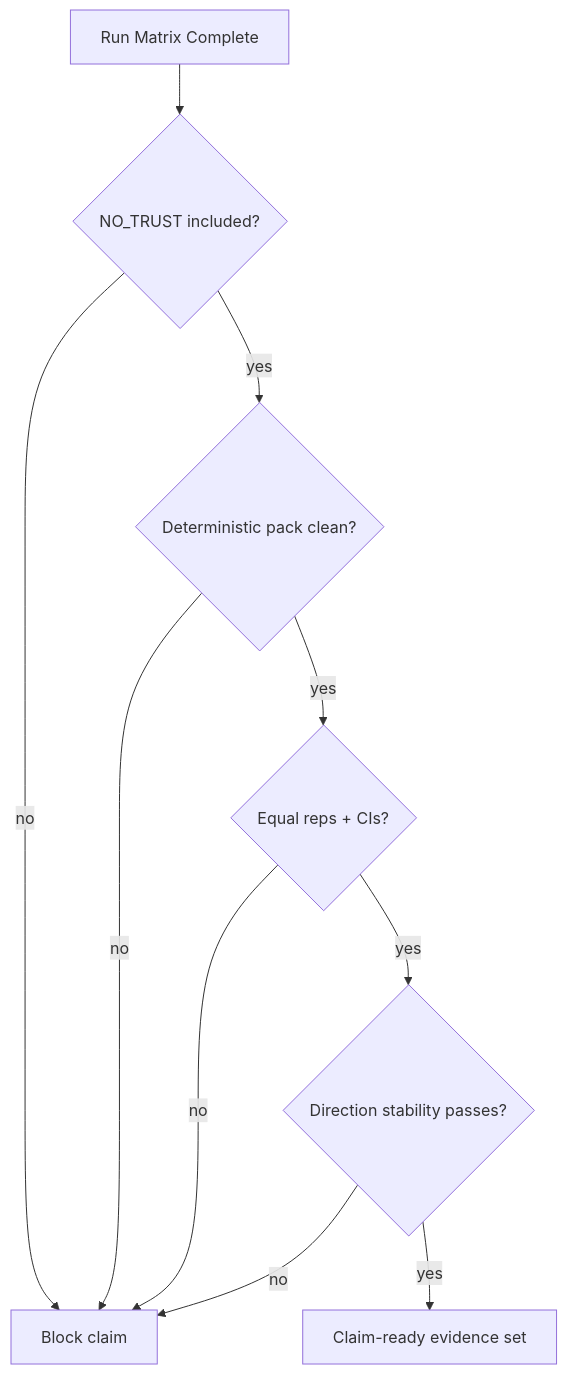
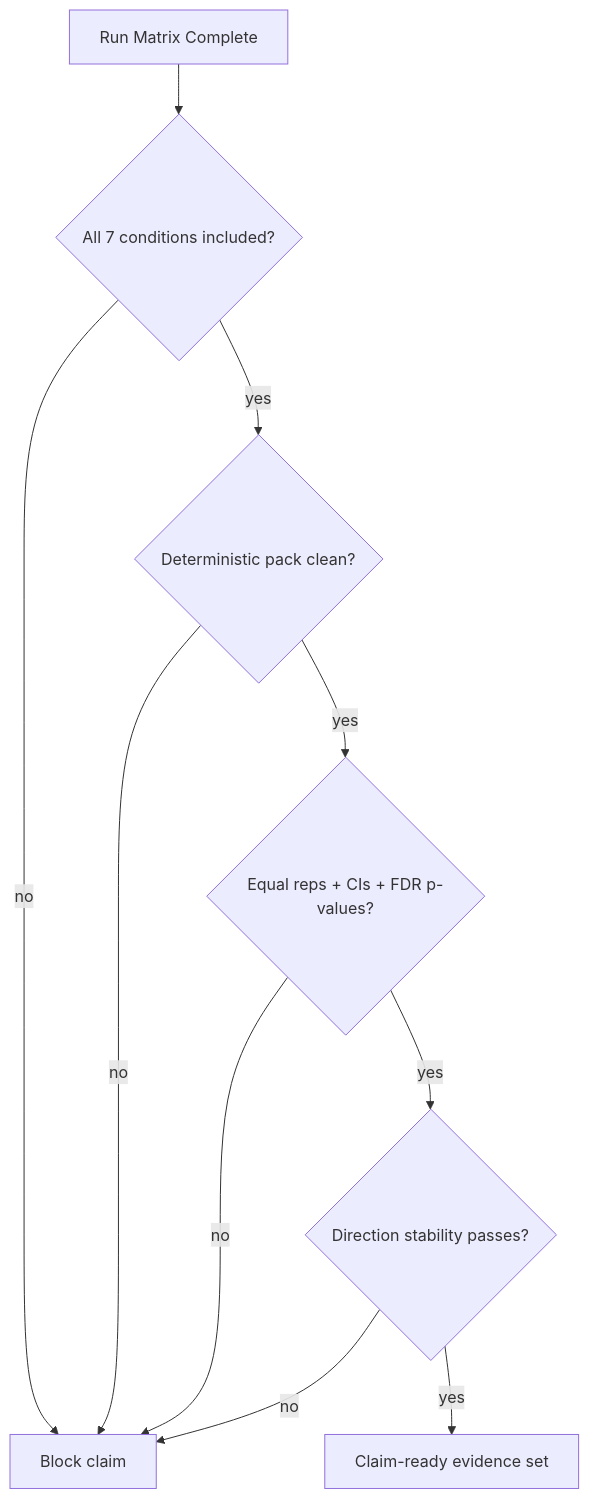
One commit to jimador/arc-mem changed the second of 2 diagrams in docs/evaluation.md. Above: the diagram before and after it, drawn with Mermaid. The commit also changed other lines of this file and 125 other files, not shown here.

````diff
--- a/docs/evaluation.md
+++ b/docs/evaluation.md
@@ -138,12 +168,12 @@
 ```mermaid
 flowchart TD
-    A["Run Matrix Complete"] --> B{"NO_TRUST included?"}
+    A["Run Matrix Complete"] --> B{"All 7 conditions included?"}
     B -- no --> X["Block claim"]
     B -- yes --> C{"Deterministic pack clean?"}
     C -- no --> X
-    C -- yes --> D{"Equal reps + CIs?"}
+    C -- yes --> D{"Equal reps + CIs + FDR p-values?"}
     D -- no --> X
     D -- yes --> E{"Direction stability passes?"}
     E -- no --> X
     E -- yes --> F["Claim-ready evidence set"]
 ```
````
